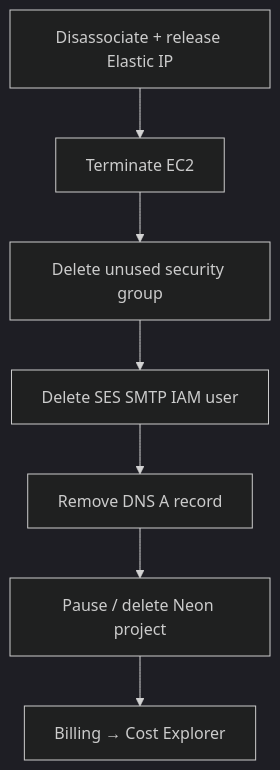
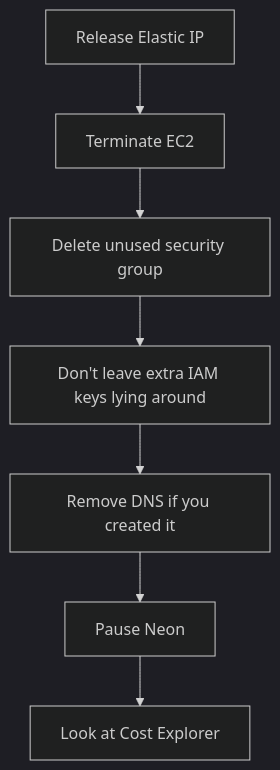
The diagram in content/tracks/backend-from-zero/lessons/34-teardown.md (sreecharan-desu/hackx-slides), drawn with Mermaid (dark theme) before and after one commit. The commit also changed other lines of this file and 35 other files, not shown here.

````diff
--- a/content/tracks/backend-from-zero/lessons/34-teardown.md
+++ b/content/tracks/backend-from-zero/lessons/34-teardown.md
@@ -10,9 +10,9 @@
 ```mermaid
 flowchart TB
-  A[Disassociate + release Elastic IP] --> B[Terminate EC2]
+  A[Release Elastic IP] --> B[Terminate EC2]
   B --> C[Delete unused security group]
-  C --> D[Delete SES SMTP IAM user]
-  D --> E[Remove DNS A record]
-  E --> F[Pause / delete Neon project]
-  F --> G[Billing → Cost Explorer]
+  C --> D[Don't leave extra IAM keys lying around]
+  D --> E[Remove DNS if you created it]
+  E --> F[Pause Neon]
+  F --> G[Look at Cost Explorer]
 ```
````
